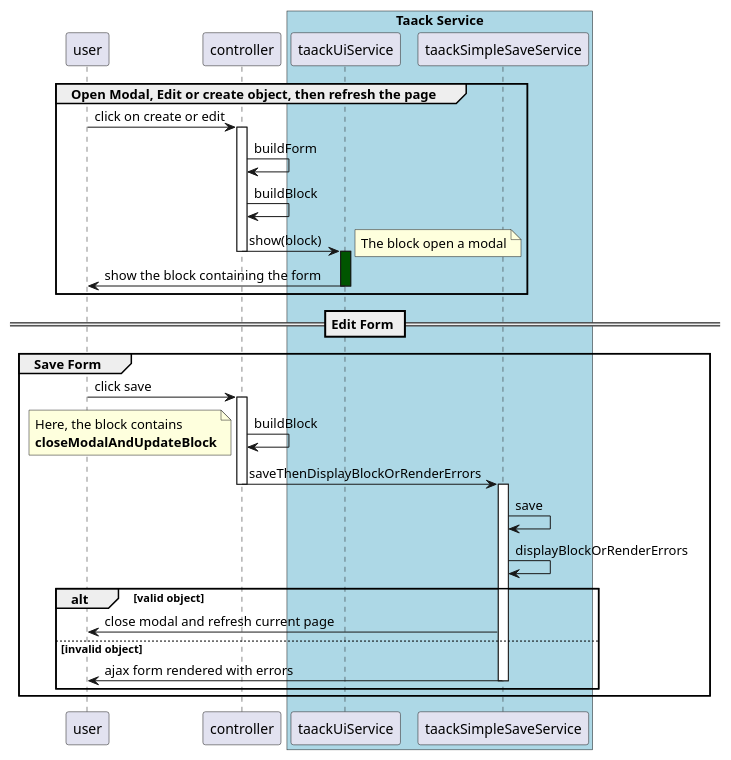
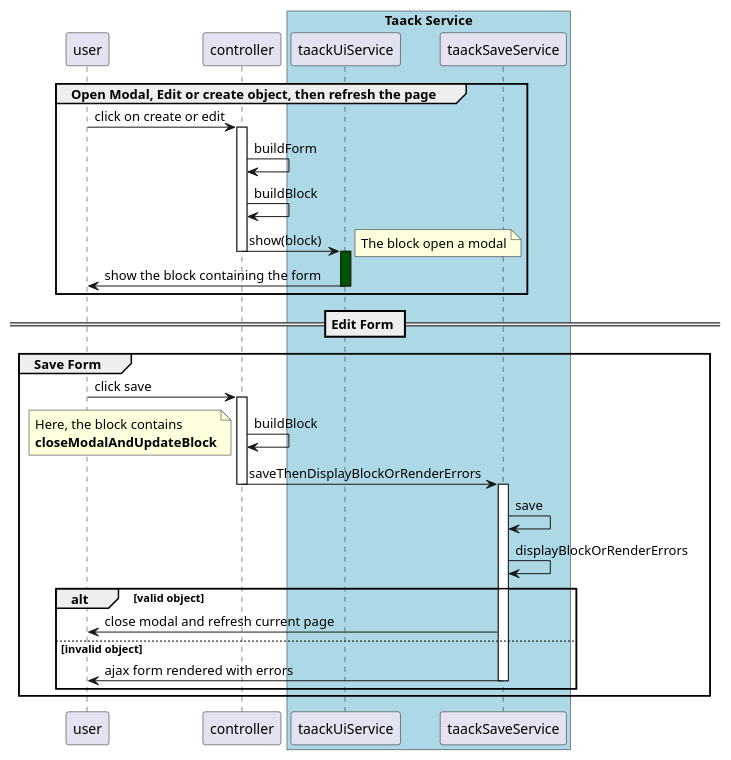
The third of 3 diagrams in asciidoc/doc/UserGuide/UseCases.adoc (Taack/taack-website-content), drawn with PlantUML before and after one commit. The commit also changed other lines of this file and 11 other files, not shown here.

```diff
--- a/asciidoc/doc/UserGuide/UseCases.adoc
+++ b/asciidoc/doc/UserGuide/UseCases.adoc
@@ -193,47 +186,47 @@
 [plantuml,format="svg",opts={optsi}]
 ----
 @startuml
 group Open Modal, Edit or create object, then refresh the page
     user -> controller : click on create or edit
     activate controller
     controller -> controller : buildForm
     controller -> controller : buildBlock
     controller -> taackUiService : show(block)
     deactivate controller
     activate taackUiService #005500
     note right
         The block open a modal
     end note
     taackUiService -> user : show the block containing the form
     deactivate taackUiService
 end
 
 box "Taack Service" #LightBlue
     participant taackUiService
-    participant taackSimpleSaveService
+    participant taackSaveService
 end box
 
 == Edit Form ==
 
 group Save Form
     user -> controller : click save
     activate controller
     controller -> controller : buildBlock
     note left
         Here, the block contains
         **closeModalAndUpdateBlock**
     end note
-    controller -> taackSimpleSaveService : saveThenDisplayBlockOrRenderErrors
+    controller -> taackSaveService : saveThenDisplayBlockOrRenderErrors
     deactivate controller
-    activate taackSimpleSaveService
-    taackSimpleSaveService -> taackSimpleSaveService : save
-    taackSimpleSaveService -> taackSimpleSaveService : displayBlockOrRenderErrors
+    activate taackSaveService
+    taackSaveService -> taackSaveService : save
+    taackSaveService -> taackSaveService : displayBlockOrRenderErrors
     alt valid object
-        taackSimpleSaveService -> user : close modal and refresh current page
+        taackSaveService -> user : close modal and refresh current page
     else invalid object
-        taackSimpleSaveService -> user : ajax form rendered with errors
-        deactivate taackSimpleSaveService
+        taackSaveService -> user : ajax form rendered with errors
+        deactivate taackSaveService
     end
 end
 @enduml
 ----
```
